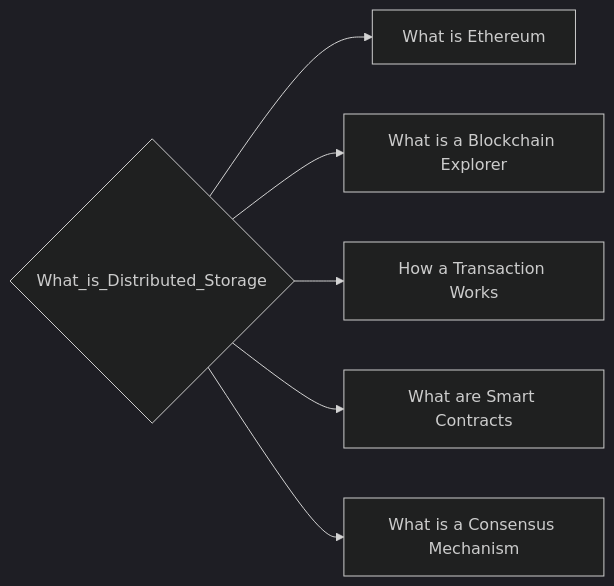
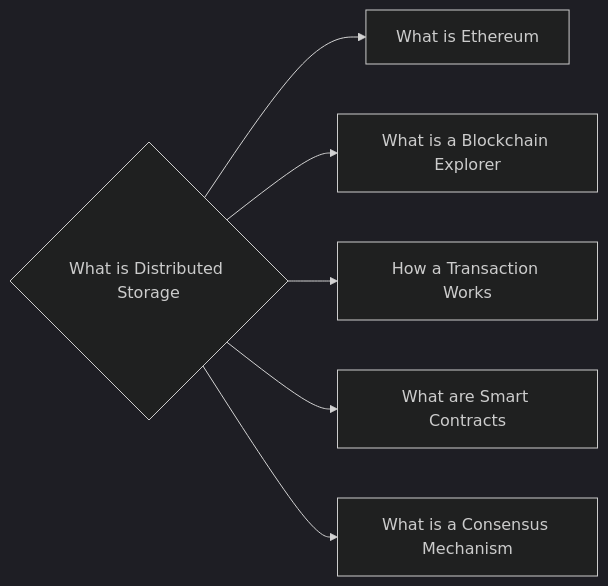
Before and after one commit to lpurdy01/crypto-knowledge-map: the diagram in notes/What_is_Distributed_Storage.md, drawn with Mermaid (dark theme). The commit also changed 58 other files, not shown here.

````diff
--- a/notes/What_is_Distributed_Storage.md
+++ b/notes/What_is_Distributed_Storage.md
@@ -6,8 +6,8 @@
 ```mermaid
 graph LR
-0{"What_is_Distributed_Storage"}-->1["What is Ethereum"]
-0{"What_is_Distributed_Storage"}-->2["What is a Blockchain Explorer"]
-0{"What_is_Distributed_Storage"}-->3["How a Transaction Works"]
-0{"What_is_Distributed_Storage"}-->4["What are Smart Contracts"]
-0{"What_is_Distributed_Storage"}-->5["What is a Consensus Mechanism"]
+0{"What is Distributed Storage"}-->1["What is Ethereum"]
+0{"What is Distributed Storage"}-->2["What is a Blockchain Explorer"]
+0{"What is Distributed Storage"}-->3["How a Transaction Works"]
+0{"What is Distributed Storage"}-->4["What are Smart Contracts"]
+0{"What is Distributed Storage"}-->5["What is a Consensus Mechanism"]
 ```
````
